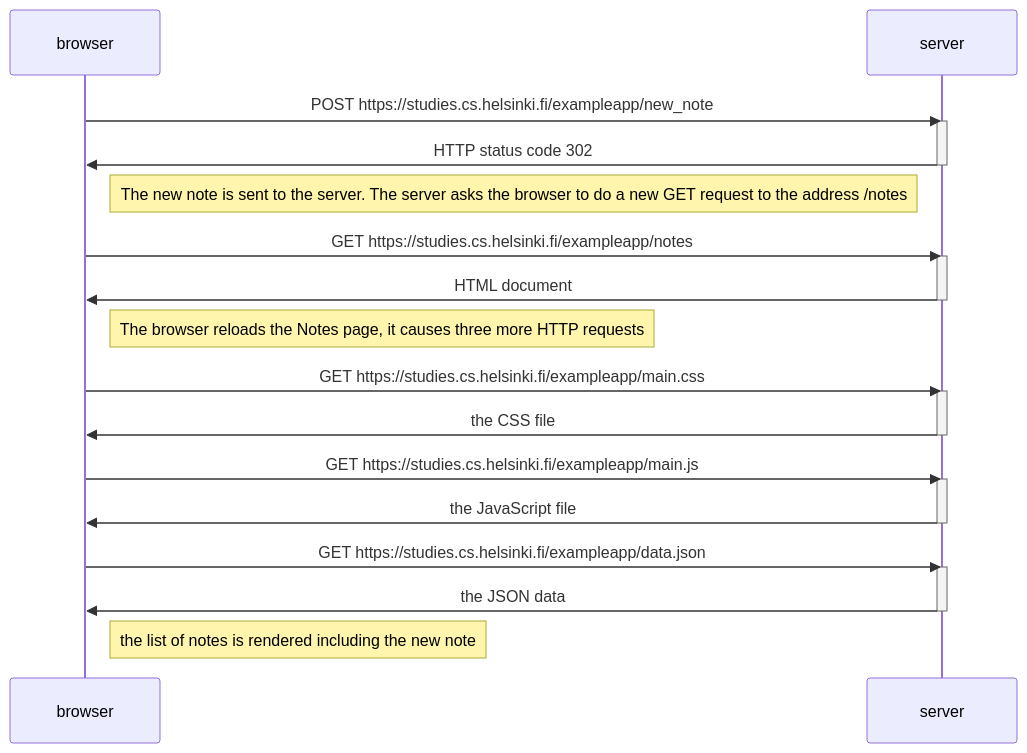
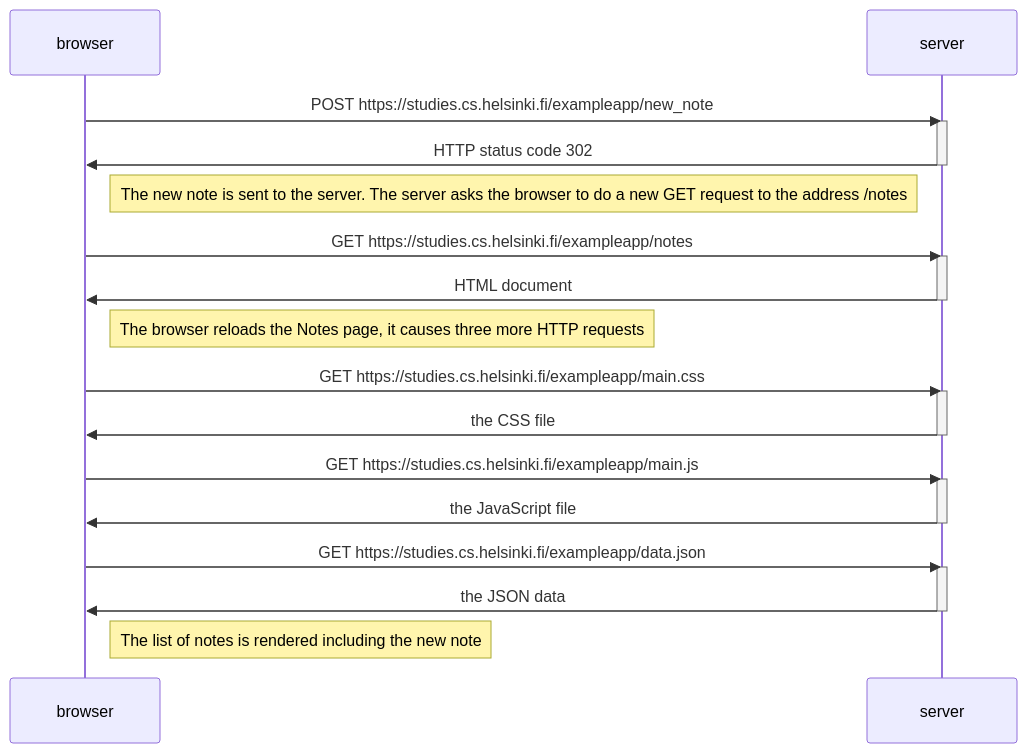
One commit to relhfox/fullstackopen changed the diagram in part0/exercises/ex0_4.md. Above: the diagram before and after it, drawn with Mermaid. The commit also changed 1 other file, not shown here.

Commit message:
Exercise 0_5 added

````diff
--- a/part0/exercises/ex0_4.md
+++ b/part0/exercises/ex0_4.md
@@ -1,38 +1,38 @@
 ```mermaid
 
 sequenceDiagram
     participant browser
     participant server
 
     browser->>server: POST https://studies.cs.helsinki.fi/exampleapp/new_note
     activate server
     server->>browser: HTTP status code 302
     deactivate server
 
     Note right of browser: The new note is sent to the server. The server asks the browser to do a new GET request to the address /notes
 
     browser->>server: GET https://studies.cs.helsinki.fi/exampleapp/notes
     activate server
     server->>browser: HTML document
     deactivate server
 
     Note right of browser: The browser reloads the Notes page, it causes three more HTTP requests
 
     browser->>server: GET https://studies.cs.helsinki.fi/exampleapp/main.css
     activate server
     server->>browser: the CSS file
     deactivate server
 
     browser->>server: GET https://studies.cs.helsinki.fi/exampleapp/main.js
     activate server
     server->>browser: the JavaScript file
     deactivate server
 
     browser->>server: GET https://studies.cs.helsinki.fi/exampleapp/data.json
     activate server
     server->>browser: the JSON data
     deactivate server
 
-    Note right of browser: the list of notes is rendered including the new note
+    Note right of browser: The list of notes is rendered including the new note
 
 ```
````
